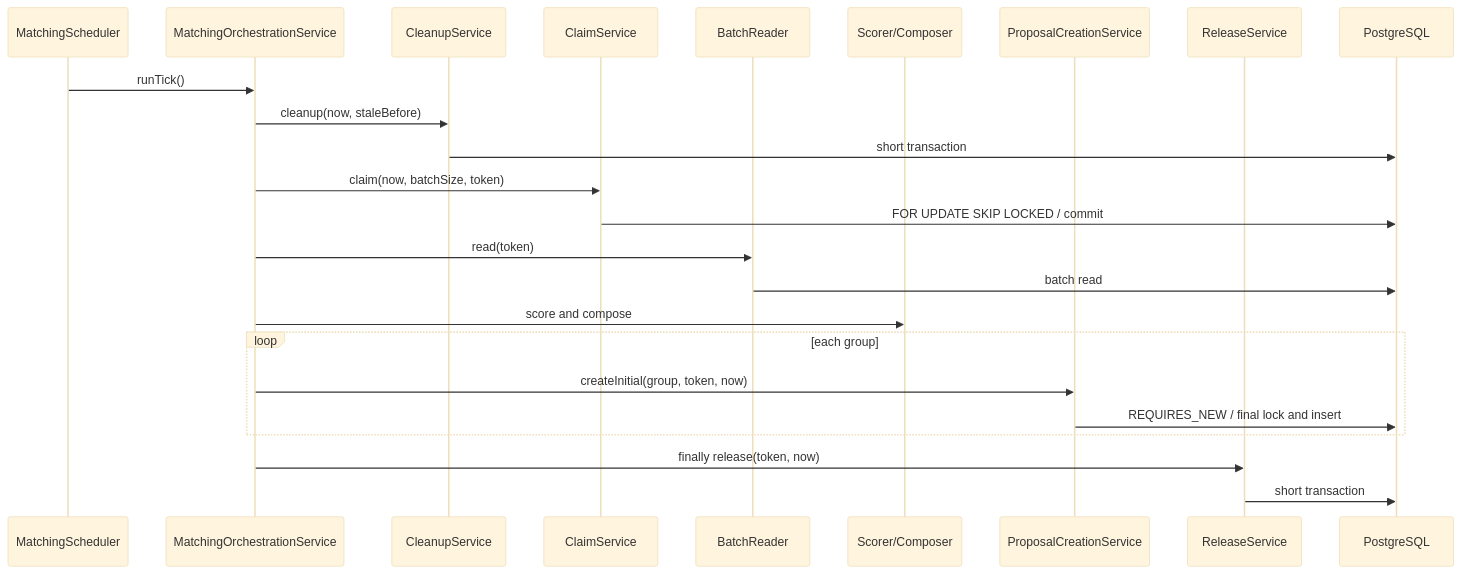
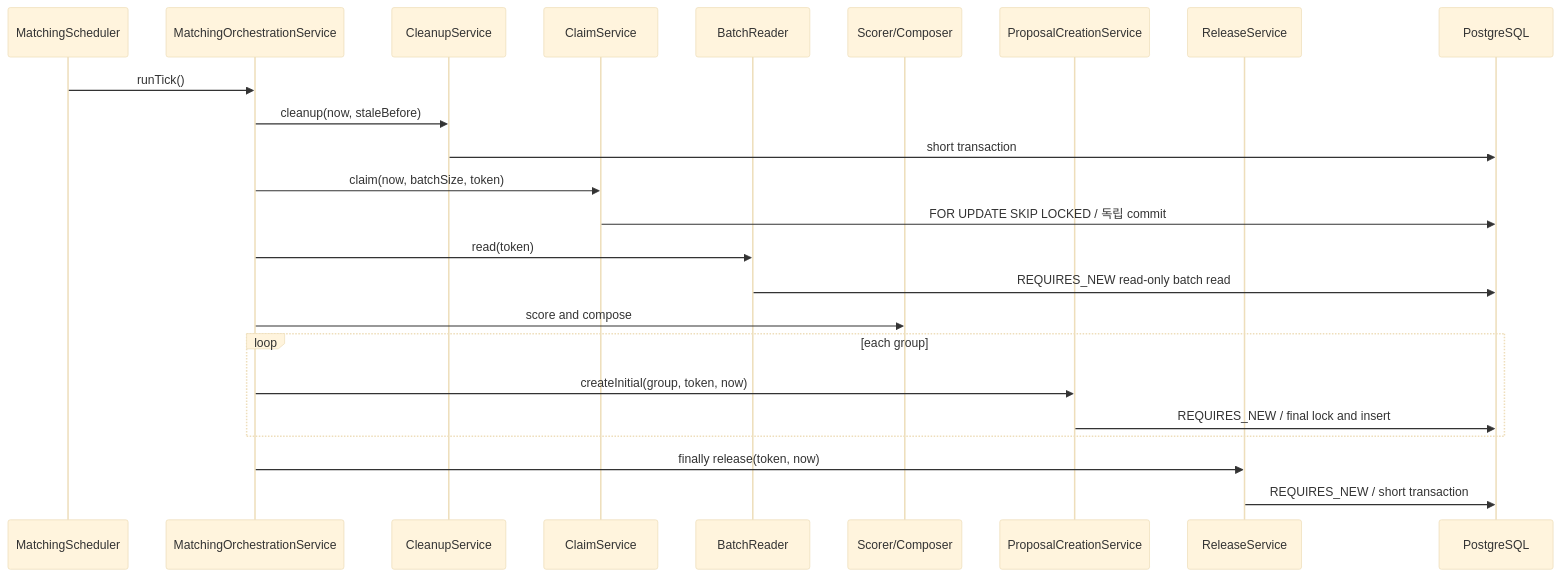
The third of 3 diagrams in docs/13_MATCHING_ENGINE_IMPLEMENTATION.md (DAHEE33/meet-or-solo), drawn with Mermaid (base theme) before and after one commit. The commit also changed other lines of this file and 7 other files, not shown here.

````diff
--- a/docs/13_MATCHING_ENGINE_IMPLEMENTATION.md
+++ b/docs/13_MATCHING_ENGINE_IMPLEMENTATION.md
@@ -411,27 +412,27 @@
 ```mermaid
 sequenceDiagram
     participant S as MatchingScheduler
     participant O as MatchingOrchestrationService
     participant C as CleanupService
     participant Q as ClaimService
     participant R as BatchReader
     participant G as Scorer/Composer
     participant P as ProposalCreationService
     participant L as ReleaseService
     participant DB as PostgreSQL
 
     S->>O: runTick()
     O->>C: cleanup(now, staleBefore)
     C->>DB: short transaction
     O->>Q: claim(now, batchSize, token)
-    Q->>DB: FOR UPDATE SKIP LOCKED / commit
+    Q->>DB: FOR UPDATE SKIP LOCKED / 독립 commit
     O->>R: read(token)
-    R->>DB: batch read
+    R->>DB: REQUIRES_NEW read-only batch read
     O->>G: score and compose
     loop each group
         O->>P: createInitial(group, token, now)
         P->>DB: REQUIRES_NEW / final lock and insert
     end
     O->>L: finally release(token, now)
-    L->>DB: short transaction
+    L->>DB: REQUIRES_NEW / short transaction
 ```
````
